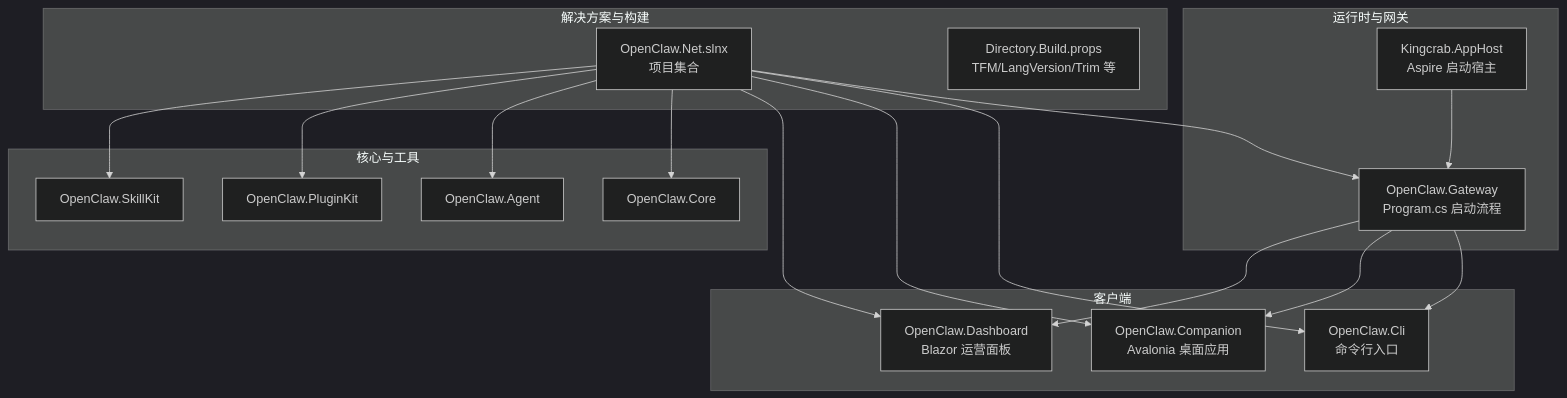
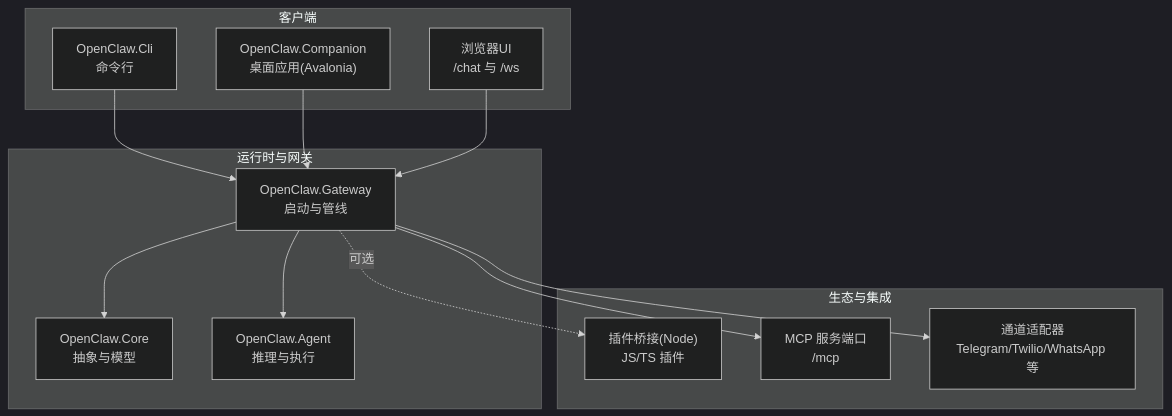
The first of 3 diagrams in .qoder/repowiki/zh/content/快速开始.md (wayyet/kingcrab), drawn with Mermaid (dark theme) before and after one commit. The commit also changed other lines of this file and 431 other files, not shown here.

````diff
--- a/.qoder/repowiki/zh/content/快速开始.md
+++ b/.qoder/repowiki/zh/content/快速开始.md
@@ -39,34 +48,26 @@
 ```mermaid
 graph TB
-subgraph "解决方案与构建"
-SLNX["OpenClaw.Net.slnx<br/>项目集合"]
-DBP["Directory.Build.props<br/>TFM/LangVersion/Trim 等"]
-end
 subgraph "运行时与网关"
-GW["OpenClaw.Gateway<br/>Program.cs 启动流程"]
-APPHOST["Kingcrab.AppHost<br/>Aspire 启动宿主"]
+GW["OpenClaw.Gateway<br/>启动与管线"]
+CORE["OpenClaw.Core<br/>抽象与模型"]
+AGENT["OpenClaw.Agent<br/>推理与执行"]
 end
 subgraph "客户端"
-CLI["OpenClaw.Cli<br/>命令行入口"]
-COM["OpenClaw.Companion<br/>Avalonia 桌面应用"]
-DASH["OpenClaw.Dashboard<br/>Blazor 运营面板"]
+CLI["OpenClaw.Cli<br/>命令行"]
+COMP["OpenClaw.Companion<br/>桌面应用(Avalonia)"]
+WEB["浏览器UI<br/>/chat 与 /ws"]
 end
-subgraph "核心与工具"
-CORE["OpenClaw.Core"]
-AGENT["OpenClaw.Agent"]
-PLUG["OpenClaw.PluginKit"]
-SKILL["OpenClaw.SkillKit"]
+subgraph "生态与集成"
+PLUG["插件桥接(Node)<br/>JS/TS 插件"]
+MCP["MCP 服务端口<br/>/mcp"]
+CH["通道适配器<br/>Telegram/Twilio/WhatsApp 等"]
 end
-SLNX --> GW
-SLNX --> CLI
-SLNX --> COM
-SLNX --> DASH
-SLNX --> CORE
-SLNX --> AGENT
-SLNX --> PLUG
-SLNX --> SKILL
-APPHOST --> GW
-GW --> CLI
-GW --> COM
-GW --> DASH
+GW --> CORE
+GW --> AGENT
+CLI --> GW
+COMP --> GW
+WEB --> GW
+GW --> MCP
+GW --> CH
+GW -.可选.-> PLUG
 ```
````
